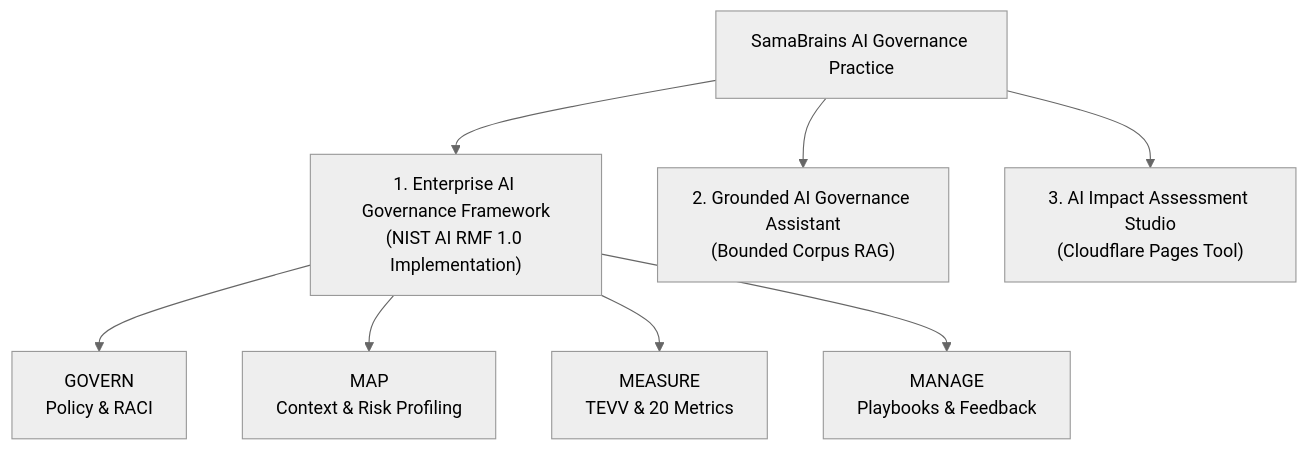
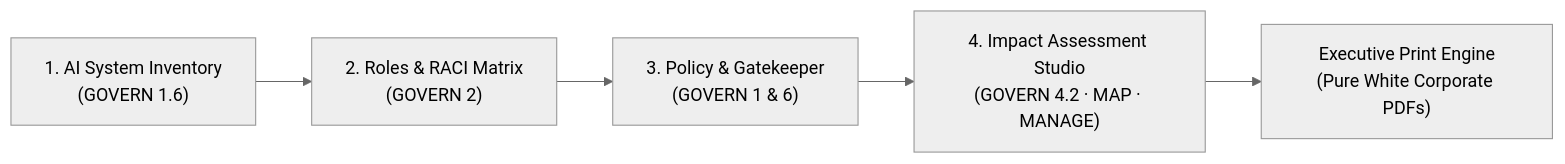
Before and after one commit to rssebambulidde/ai-governance: the second of 2 diagrams in README.md, drawn with Mermaid (neutral theme). The commit also changed other lines of this file, not shown here.

````diff
--- a/README.md
+++ b/README.md
@@ -15,11 +104,7 @@
 ```mermaid
-flowchart TD
-    SB["SamaBrains AI Governance Practice"] --> P1["1. Enterprise AI Governance Framework\n(NIST AI RMF 1.0 Implementation)"]
-    SB --> P2["2. Grounded AI Governance Assistant\n(Bounded Corpus RAG)"]
-    SB --> P3["3. AI Impact Assessment Studio\n(Cloudflare Pages Tool)"]
-
-    P1 --> G["GOVERN\nPolicy & RACI"]
-    P1 --> M1["MAP\nContext & Risk Profiling"]
-    P1 --> M2["MEASURE\nTEVV & 20 Metrics"]
-    P1 --> M3["MANAGE\nPlaybooks & Feedback"]
+flowchart LR
+    M1["1. AI System Inventory\n(GOVERN 1.6)"] --> M2["2. Roles & RACI Matrix\n(GOVERN 2)"]
+    M2 --> M3["3. Policy & Gatekeeper\n(GOVERN 1 & 6)"]
+    M3 --> M4["4. Impact Assessment Studio\n(GOVERN 4.2 · MAP · MANAGE)"]
+    M4 --> Export["Executive Print Engine\n(Pure White Corporate PDFs)"]
 ```
````
